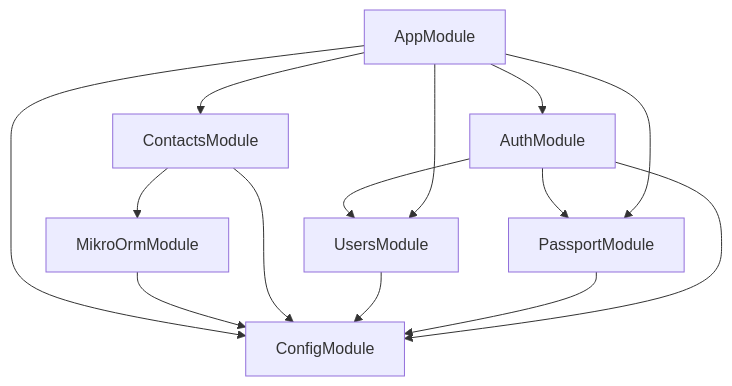
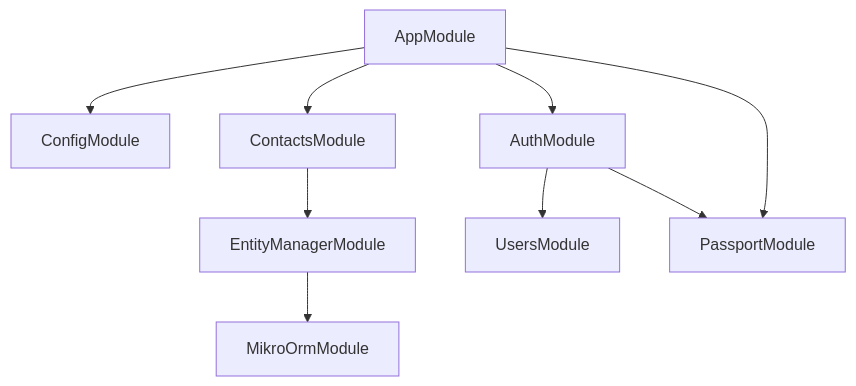
One commit to gpo/grassroots changed the diagram in docs/DependencyGraph.md. Above: the diagram before and after it, drawn with Mermaid. The commit also changed 12 other files, not shown here.

Commit message:
Working, but test dependency graph is weird.

````diff
--- a/docs/DependencyGraph.md
+++ b/docs/DependencyGraph.md
@@ -2,16 +2,11 @@
   ```mermaid
   graph TD
     AppModule-->ConfigModule
   AppModule-->ContactsModule
-  ContactsModule-->MikroOrmModule
-  MikroOrmModule-->ConfigModule
-  ContactsModule-->ConfigModule
+  ContactsModule-->EntityManagerModule
+  EntityManagerModule-->MikroOrmModule
   AppModule-->AuthModule
   AuthModule-->UsersModule
-  UsersModule-->ConfigModule
   AuthModule-->PassportModule
-  PassportModule-->ConfigModule
-  AuthModule-->ConfigModule
-  AppModule-->UsersModule
   AppModule-->PassportModule
   ```
````
